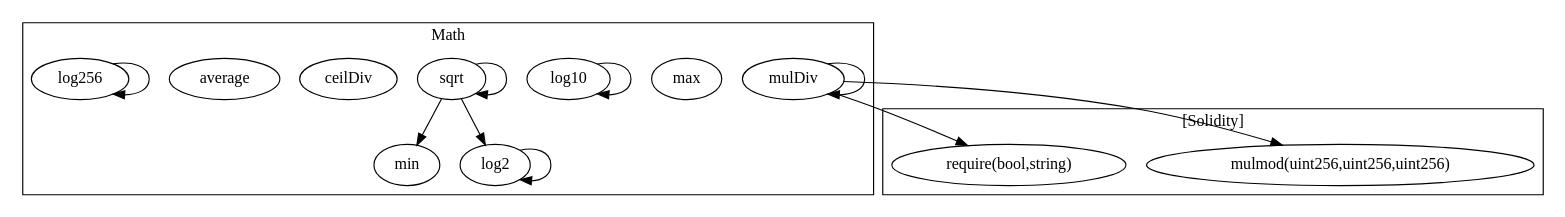
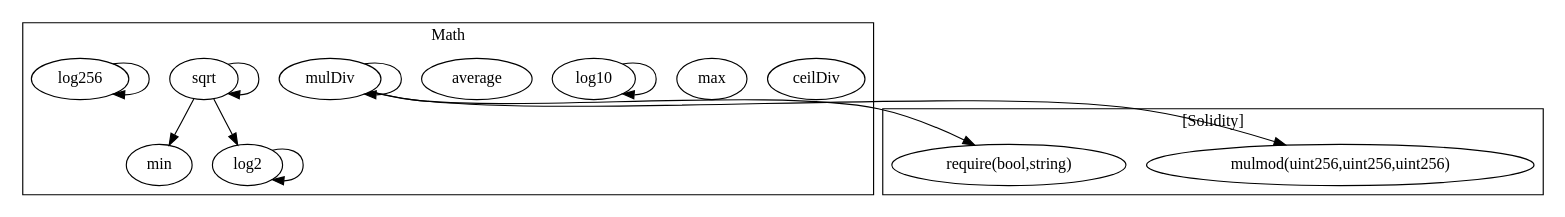
One commit to tenthirtyone/contracts-recent changed the diagram in diagrams/Math.call-graph.dot. Above: the diagram before and after it, drawn with Graphviz. The commit also changed 35 other files, not shown here.

Commit message:
refresh diagrams

```diff
--- a/diagrams/Math.call-graph.dot
+++ b/diagrams/Math.call-graph.dot
@@ -1,27 +1,27 @@
 strict digraph {
-subgraph cluster_2996_Math {
+subgraph cluster_4250_Math {
 label = "Math"
-"2996_sqrt" [label="sqrt"]
-"2996_max" [label="max"]
-"2996_log10" [label="log10"]
-"2996_mulDiv" [label="mulDiv"]
-"2996_min" [label="min"]
-"2996_ceilDiv" [label="ceilDiv"]
-"2996_average" [label="average"]
-"2996_log2" [label="log2"]
-"2996_log256" [label="log256"]
-"2996_sqrt" -> "2996_log2"
-"2996_mulDiv" -> "2996_mulDiv"
-"2996_log2" -> "2996_log2"
-"2996_log10" -> "2996_log10"
-"2996_sqrt" -> "2996_sqrt"
-"2996_log256" -> "2996_log256"
-"2996_sqrt" -> "2996_min"
+"4250_ceilDiv" [label="ceilDiv"]
+"4250_min" [label="min"]
+"4250_log2" [label="log2"]
+"4250_max" [label="max"]
+"4250_log10" [label="log10"]
+"4250_average" [label="average"]
+"4250_mulDiv" [label="mulDiv"]
+"4250_sqrt" [label="sqrt"]
+"4250_log256" [label="log256"]
+"4250_log2" -> "4250_log2"
+"4250_log10" -> "4250_log10"
+"4250_mulDiv" -> "4250_mulDiv"
+"4250_sqrt" -> "4250_log2"
+"4250_sqrt" -> "4250_sqrt"
+"4250_sqrt" -> "4250_min"
+"4250_log256" -> "4250_log256"
 }subgraph cluster_solidity {
 label = "[Solidity]"
 "mulmod(uint256,uint256,uint256)" 
 "require(bool,string)" 
-"2996_mulDiv" -> "mulmod(uint256,uint256,uint256)"
-"2996_mulDiv" -> "require(bool,string)"
+"4250_mulDiv" -> "require(bool,string)"
+"4250_mulDiv" -> "mulmod(uint256,uint256,uint256)"
 }
 }
```
